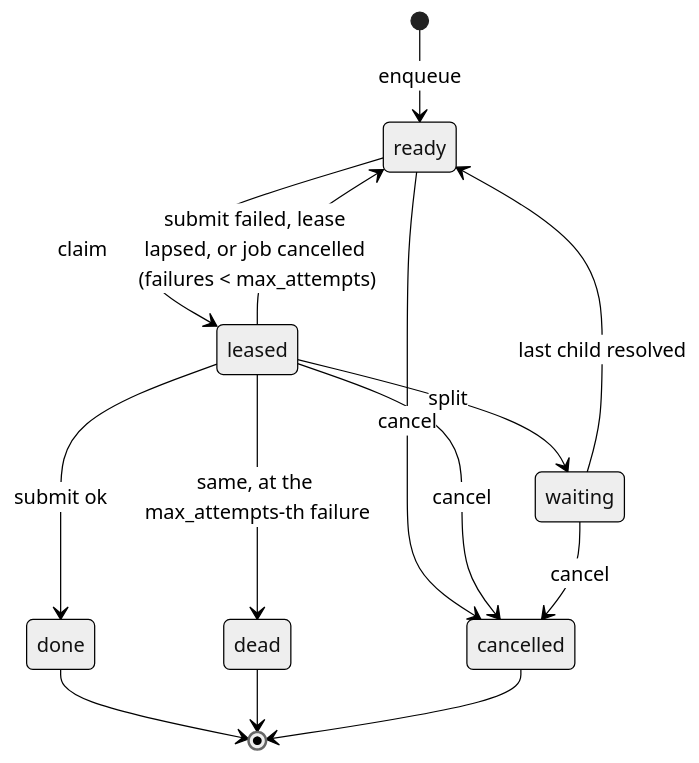
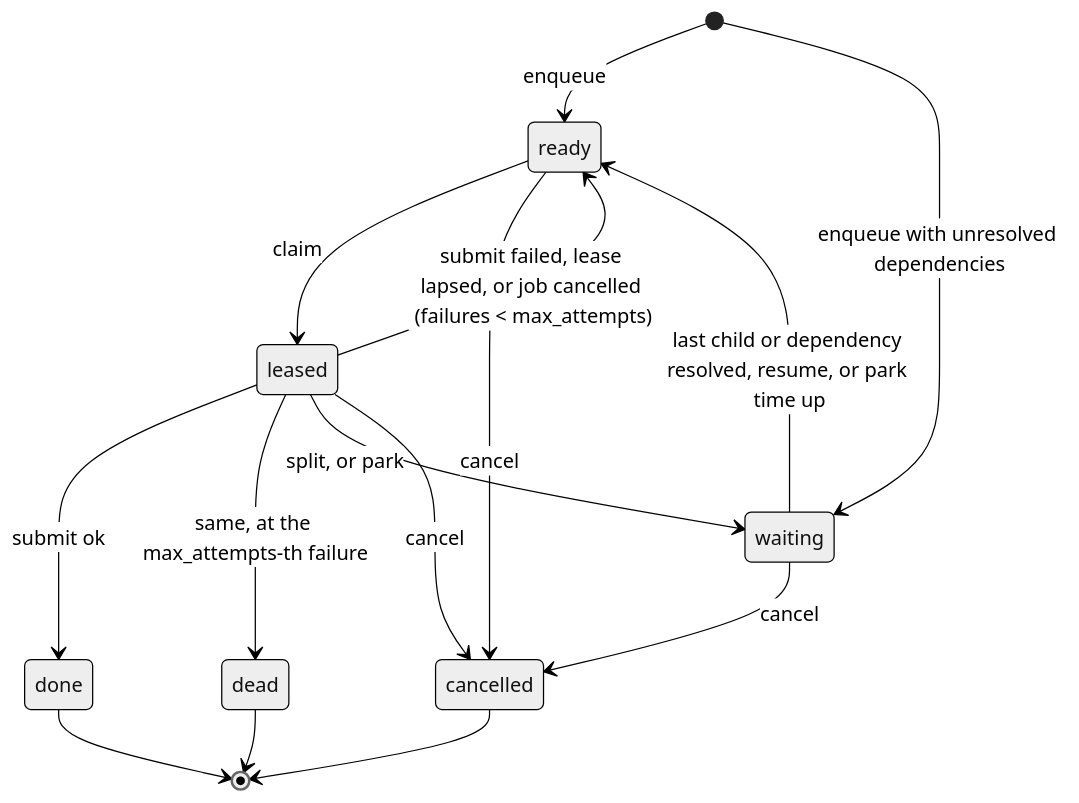
One commit to ta-amps/teleion-fabric-infrastructure-work-and-storage-engine changed the diagram in conformance-draft/SPEC.md. Above: the diagram before and after it, drawn with Mermaid (neutral theme). The commit also changed other lines of this file and 28 other files, not shown here.

First line of the commit message:
graph: dependencies, waves, park and resume (spec v0.2)

````diff
--- a/conformance-draft/SPEC.md
+++ b/conformance-draft/SPEC.md
@@ -57,16 +65,17 @@
 ```mermaid
 stateDiagram-v2
   [*] --> ready: enqueue
+  [*] --> waiting: enqueue with unresolved dependencies
   ready --> leased: claim
   leased --> done: submit ok
   leased --> ready: submit failed, lease lapsed, or job cancelled (failures < max_attempts)
   leased --> dead: same, at the max_attempts-th failure
-  leased --> waiting: split
-  waiting --> ready: last child resolved
+  leased --> waiting: split, or park
+  waiting --> ready: last child or dependency resolved, resume, or park time up
   ready --> cancelled: cancel
   leased --> cancelled: cancel
   waiting --> cancelled: cancel
   done --> [*]
   dead --> [*]
   cancelled --> [*]
 ```
````
